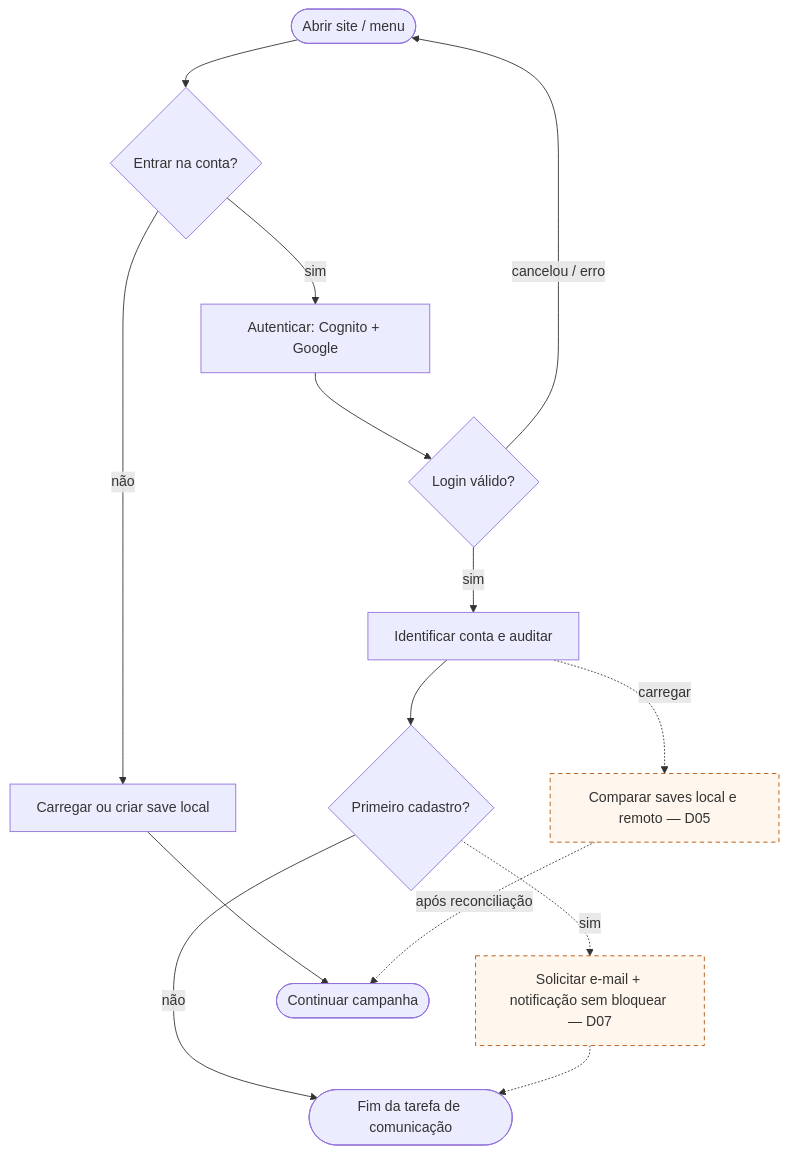
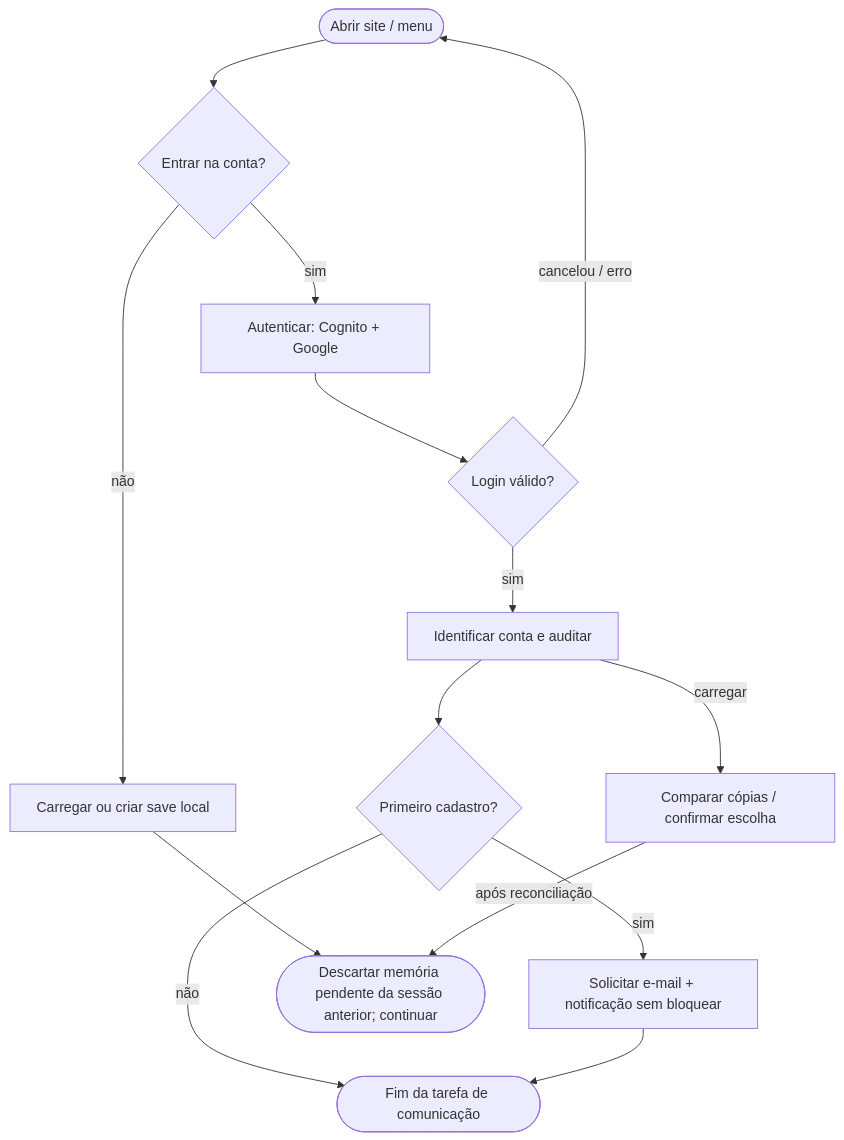
The first of 10 diagrams in isn/docs/sprint1/06-fluxogramas.md (ViViJp/jogo-projeto-topicos-especiais), drawn with Mermaid before and after one commit. The commit also changed other lines of this file and 34 other files, not shown here.

````diff
--- a/isn/docs/sprint1/06-fluxogramas.md
+++ b/isn/docs/sprint1/06-fluxogramas.md
@@ -13,29 +13,27 @@
 ```mermaid
 flowchart TD
   start(["Abrir site / menu"])
   login{"Entrar na conta?"}
   local["Carregar ou criar save local"]
   provider["Autenticar: Cognito + Google"]
   ok{"Login válido?"}
   account["Identificar conta e auditar"]
   first{"Primeiro cadastro?"}
-  resolve["Comparar saves local e remoto — D05"]
-  send["Solicitar e-mail + notificação sem bloquear — D07"]
-  play(["Continuar campanha"])
+  resolve["Comparar cópias / confirmar escolha"]
+  send["Solicitar e-mail + notificação sem bloquear"]
+  play(["Descartar memória pendente da sessão anterior; continuar"])
   commDone(["Fim da tarefa de comunicação"])
   start --> login
   login -->|"não"| local
   local --> play
   login -->|"sim"| provider
   provider --> ok
   ok -->|"cancelou / erro"| start
   ok -->|"sim"| account
   account --> first
-  account -.->|"carregar"| resolve
-  first -.->|"sim"| send
-  resolve -.->|"após reconciliação"| play
+  account -->|"carregar"| resolve
+  first -->|"sim"| send
+  resolve -->|"após reconciliação"| play
   first -->|"não"| commDone
-  send -.-> commDone
-  classDef pending fill:#fff7ed,stroke:#b45309,stroke-dasharray:5 4
-  class resolve,send pending
+  send --> commDone
 ```
````
